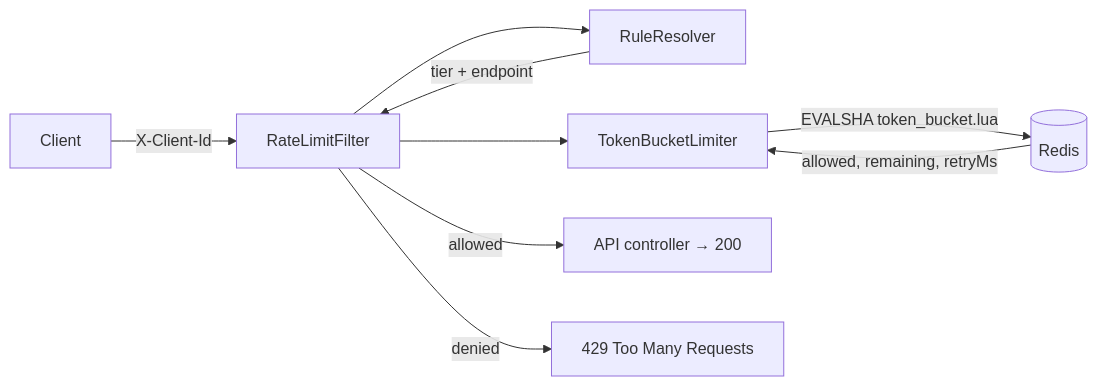
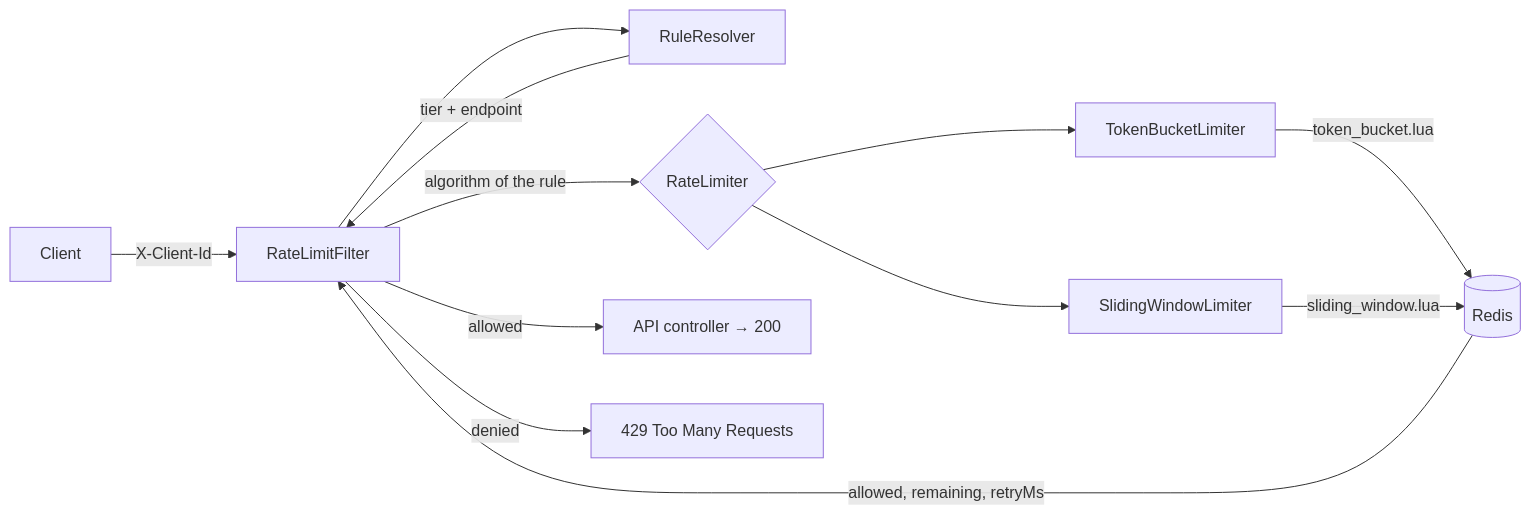
The diagram in README.md (Devanshigautam/distributed-rate-limiter), drawn with Mermaid before and after one commit. The commit also changed other lines of this file and 16 other files, not shown here.

Commit message:
Add sliding window algorithm, per-rule algorithm choice, more tests and README update

````diff
--- a/README.md
+++ b/README.md
@@ -19,11 +19,14 @@
 ```mermaid
 flowchart LR
     C[Client] -->|X-Client-Id| F[RateLimitFilter]
     F --> R[RuleResolver]
     R -->|tier + endpoint| F
-    F --> L[TokenBucketLimiter]
-    L -->|EVALSHA token_bucket.lua| D[(Redis)]
-    D -->|allowed, remaining, retryMs| L
+    F -->|algorithm of the rule| L{RateLimiter}
+    L --> TB[TokenBucketLimiter]
+    L --> SW[SlidingWindowLimiter]
+    TB -->|token_bucket.lua| D[(Redis)]
+    SW -->|sliding_window.lua| D
+    D -->|allowed, remaining, retryMs| F
     F -->|allowed| A[API controller → 200]
     F -->|denied| X[429 Too Many Requests]
 ```
````
